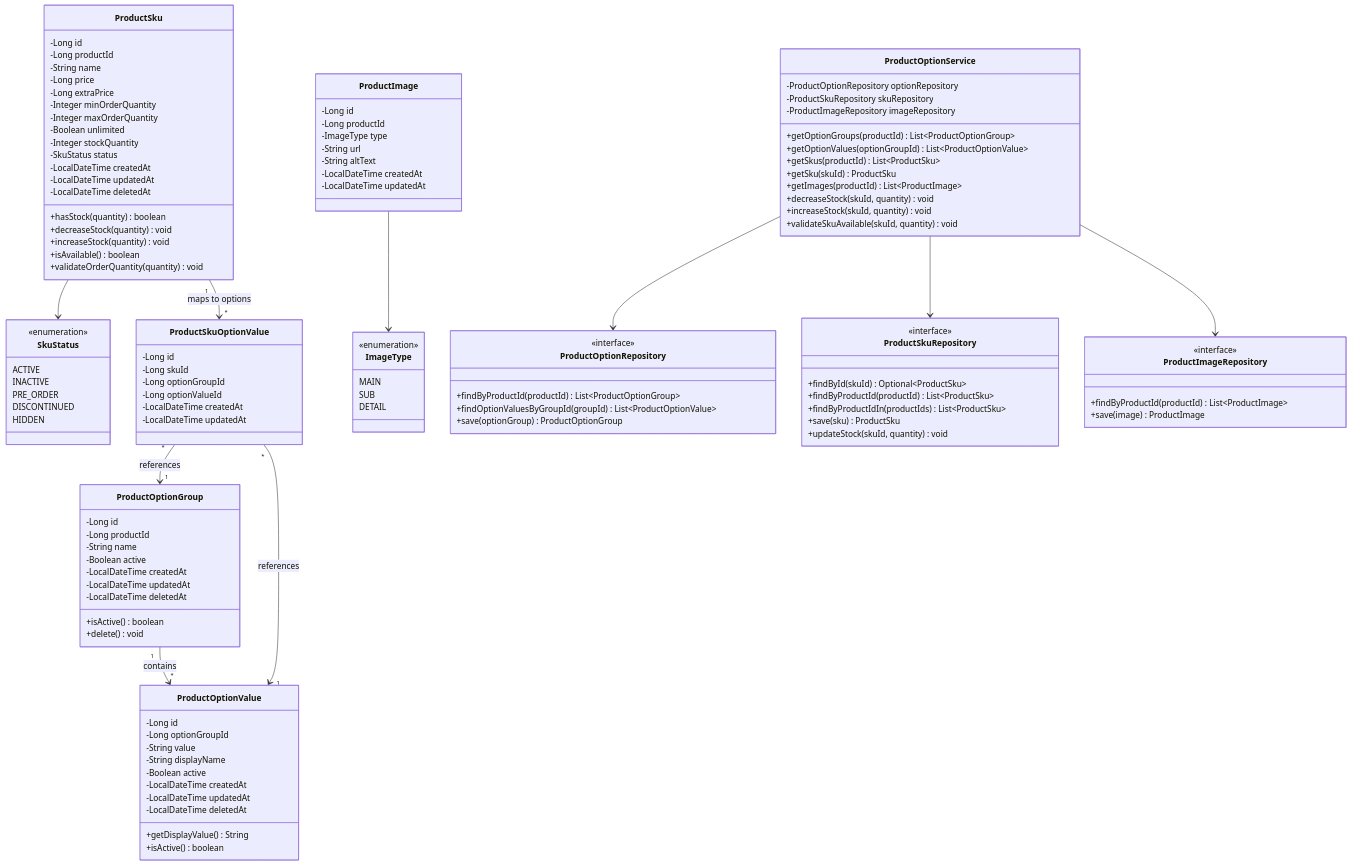
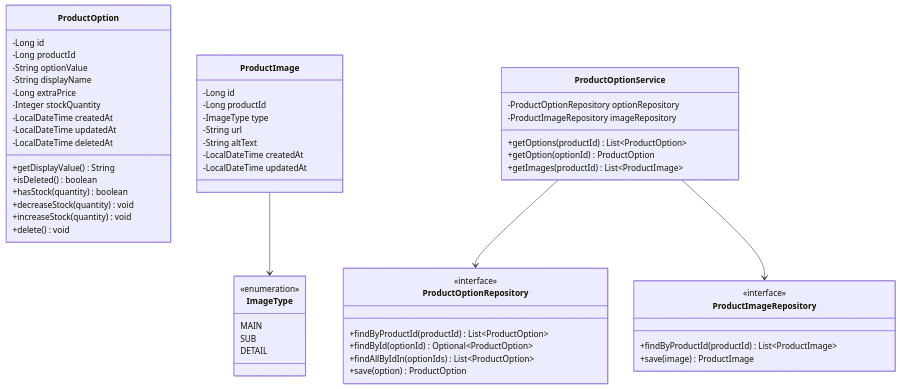
The sixth of 11 diagrams in docs/design/03-class-diagram.md (letter333/loop-pack-be-l2-vol3-java), drawn with Mermaid before and after one commit. The commit also changed other lines of this file and 3 other files, not shown here.

````diff
--- a/docs/design/03-class-diagram.md
+++ b/docs/design/03-class-diagram.md
@@ -655,69 +651,22 @@
     direction TB
 
     %% Domain Layer - Option
-    class ProductOptionGroup {
+    class ProductOption {
         -Long id
         -Long productId
-        -String name
-        -Boolean active
-        -LocalDateTime createdAt
-        -LocalDateTime updatedAt
-        -LocalDateTime deletedAt
-        +isActive() boolean
-        +delete() void
-    }
-
-    class ProductOptionValue {
-        -Long id
-        -Long optionGroupId
-        -String value
+        -String optionValue
         -String displayName
-        -Boolean active
+        -Long extraPrice
+        -Integer stockQuantity
         -LocalDateTime createdAt
         -LocalDateTime updatedAt
         -LocalDateTime deletedAt
         +getDisplayValue() String
-        +isActive() boolean
-    }
-
-    %% Domain Layer - SKU
-    class ProductSku {
-        -Long id
-        -Long productId
-        -String name
-        -Long price
-        -Long extraPrice
-        -Integer minOrderQuantity
-        -Integer maxOrderQuantity
-        -Boolean unlimited
-        -Integer stockQuantity
-        -SkuStatus status
-        -LocalDateTime createdAt
-        -LocalDateTime updatedAt
-        -LocalDateTime deletedAt
+        +isDeleted() boolean
         +hasStock(quantity) boolean
         +decreaseStock(quantity) void
         +increaseStock(quantity) void
-        +isAvailable() boolean
-        +validateOrderQuantity(quantity) void
-    }
-
-    class SkuStatus {
-        <<enumeration>>
-        ACTIVE
-        INACTIVE
-        PRE_ORDER
-        DISCONTINUED
-        HIDDEN
-    }
-
-    class ProductSkuOptionValue {
-        -Long id
-        -Long skuId
-        -Long optionGroupId
-        -Long optionValueId
-        -LocalDateTime createdAt
-        -LocalDateTime updatedAt
+        +delete() void
     }
 
     %% Domain Layer - Image
@@ -741,33 +690,19 @@
     %% Service Layer
     class ProductOptionService {
         -ProductOptionRepository optionRepository
-        -ProductSkuRepository skuRepository
         -ProductImageRepository imageRepository
-        +getOptionGroups(productId) List~ProductOptionGroup~
-        +getOptionValues(optionGroupId) List~ProductOptionValue~
-        +getSkus(productId) List~ProductSku~
-        +getSku(skuId) ProductSku
+        +getOptions(productId) List~ProductOption~
+        +getOption(optionId) ProductOption
         +getImages(productId) List~ProductImage~
-        +decreaseStock(skuId, quantity) void
-        +increaseStock(skuId, quantity) void
-        +validateSkuAvailable(skuId, quantity) void
     }
 
     %% Infrastructure Layer
     class ProductOptionRepository {
         <<interface>>
-        +findByProductId(productId) List~ProductOptionGroup~
-        +findOptionValuesByGroupId(groupId) List~ProductOptionValue~
-        +save(optionGroup) ProductOptionGroup
-    }
-
-    class ProductSkuRepository {
-        <<interface>>
-        +findById(skuId) Optional~ProductSku~
-        +findByProductId(productId) List~ProductSku~
-        +findByProductIdIn(productIds) List~ProductSku~
-        +save(sku) ProductSku
-        +updateStock(skuId, quantity) void
+        +findByProductId(productId) List~ProductOption~
+        +findById(optionId) Optional~ProductOption~
+        +findAllByIdIn(optionIds) List~ProductOption~
+        +save(option) ProductOption
     }
 
     class ProductImageRepository {
@@ -777,13 +712,7 @@
     }
 
     %% Relationships
-    ProductOptionGroup "1" --> "*" ProductOptionValue : contains
-    ProductSku "1" --> "*" ProductSkuOptionValue : maps to options
-    ProductSkuOptionValue "*" --> "1" ProductOptionGroup : references
-    ProductSkuOptionValue "*" --> "1" ProductOptionValue : references
-    ProductSku --> SkuStatus
     ProductImage --> ImageType
     ProductOptionService --> ProductOptionRepository
-    ProductOptionService --> ProductSkuRepository
     ProductOptionService --> ProductImageRepository
 ```
````
